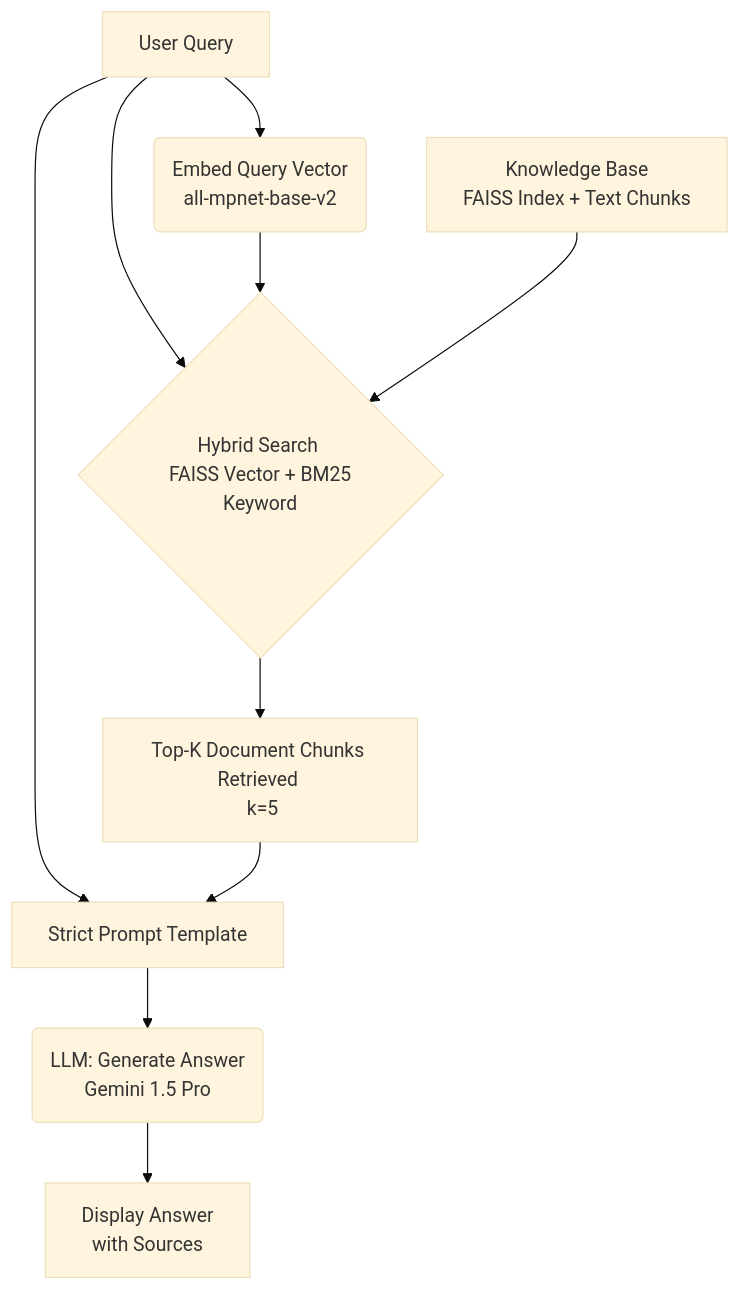
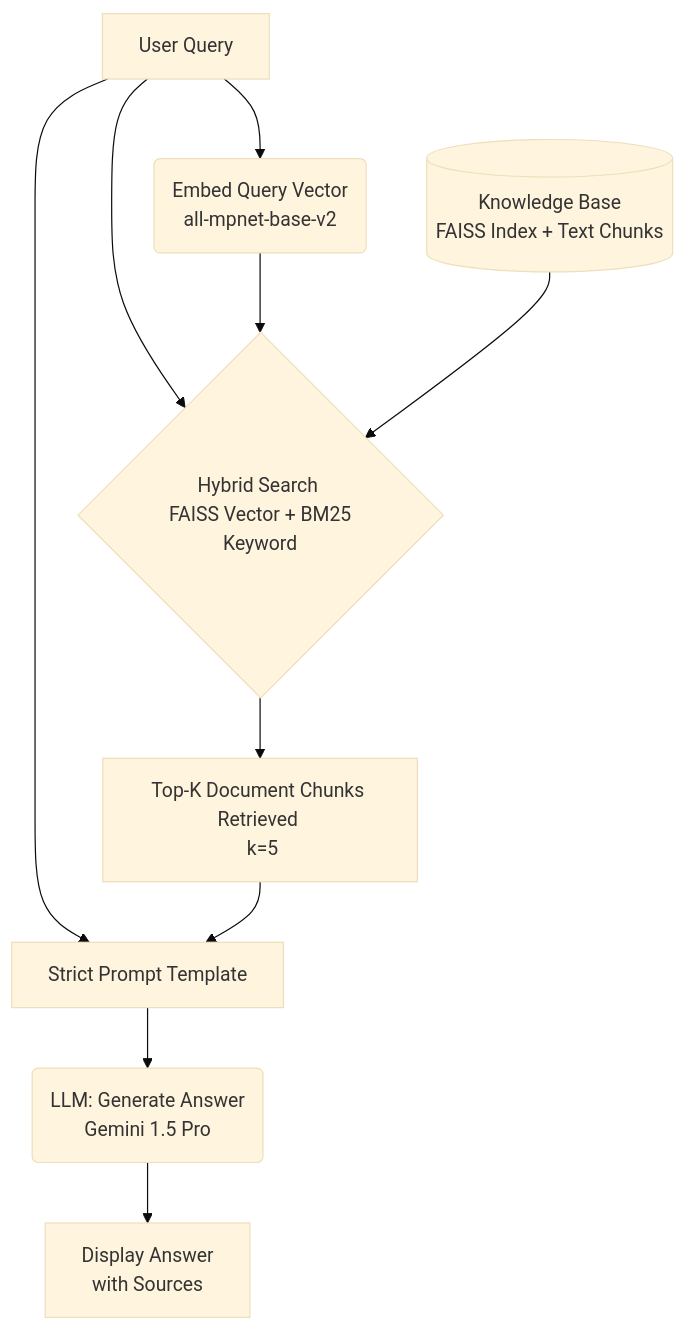
One commit to leonkato/ragtime changed the diagram in index.md. Above: the diagram before and after it, drawn with Mermaid (base theme). The commit also changed other lines of this file, not shown here.

Commit message:
more fixes for diagram

````diff
--- a/index.md
+++ b/index.md
@@ -15,12 +16,12 @@
 ```mermaid
 graph TD
     A[User Query] --> B(Embed Query Vector <br> all-mpnet-base-v2);
     A --> C{Hybrid Search <br> FAISS Vector + BM25 Keyword};
     B --> C;
-    D[Knowledge Base <br> FAISS Index + Text Chunks] --> C;
+    D[(Knowledge Base <br> FAISS Index + Text Chunks)] --> C;
     C --> E[Top-K Document Chunks Retrieved <br> k=5];
     A --> F[Strict Prompt Template];
     E --> F;
     F --> G(LLM: Generate Answer <br> Gemini 1.5 Pro);
     G --> H[Display Answer <br> with Sources];
 ```
````
